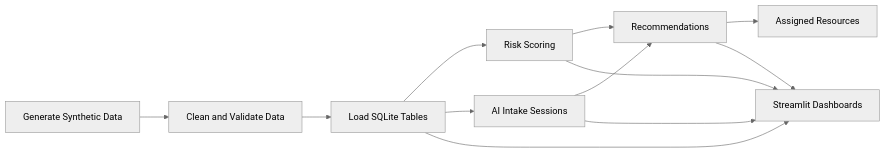
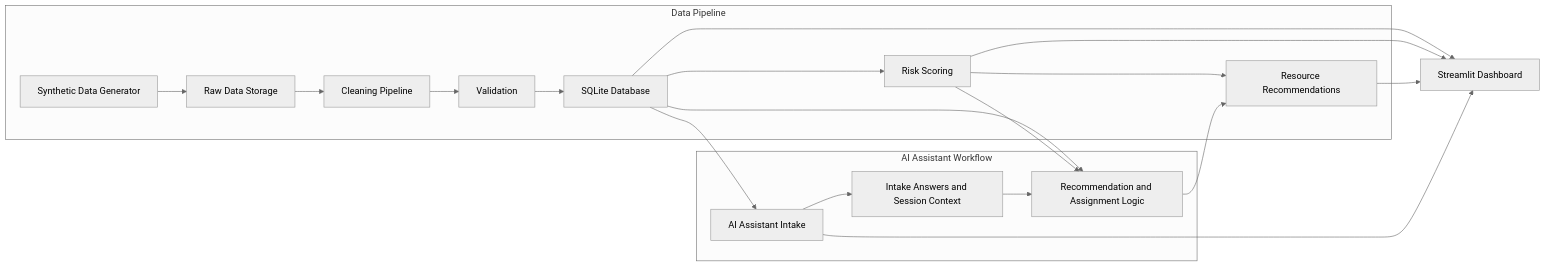
Before and after one commit to ShockaHolmes/Future-Path: the diagram in README.md, drawn with Mermaid (neutral theme). The commit also changed other lines of this file and 8 other files, not shown here.

````diff
--- a/README.md
+++ b/README.md
@@ -42,14 +44,31 @@
 ```mermaid
 flowchart LR
-    A[Generate Synthetic Data] --> B[Clean and Validate Data]
-    B --> C[Load SQLite Tables]
-    C --> D[Risk Scoring]
-    C --> E[AI Intake Sessions]
-    D --> F[Recommendations]
-    E --> F
-    F --> G[Assigned Resources]
-    C --> H[Streamlit Dashboards]
-    D --> H
-    F --> H
+    subgraph DataPipeline[Data Pipeline]
+        A[Synthetic Data Generator]
+        B[Raw Data Storage]
+        C[Cleaning Pipeline]
+        D[Validation]
+        E[SQLite Database]
+        F[Risk Scoring]
+        G[Resource Recommendations]
+
+        A --> B --> C --> D --> E --> F --> G
+    end
+
+    subgraph AssistantWorkflow[AI Assistant Workflow]
+        H[AI Assistant Intake]
+        I[Intake Answers and Session Context]
+        J[Recommendation and Assignment Logic]
+
+        H --> I --> J
+    end
+
     E --> H
+    E --> J
+    F --> J
+    J --> G
+    E --> K[Streamlit Dashboard]
+    F --> K
+    G --> K
+    H --> K
 ```
````
